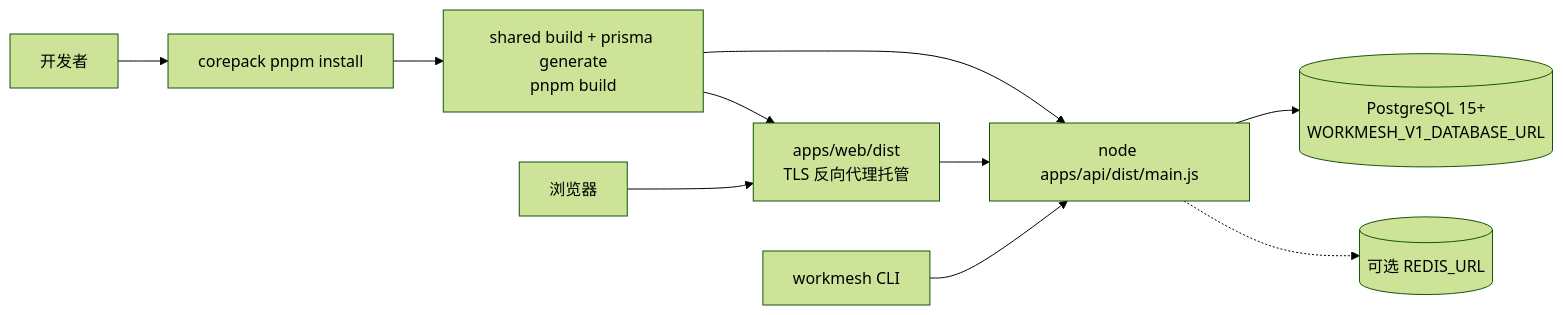
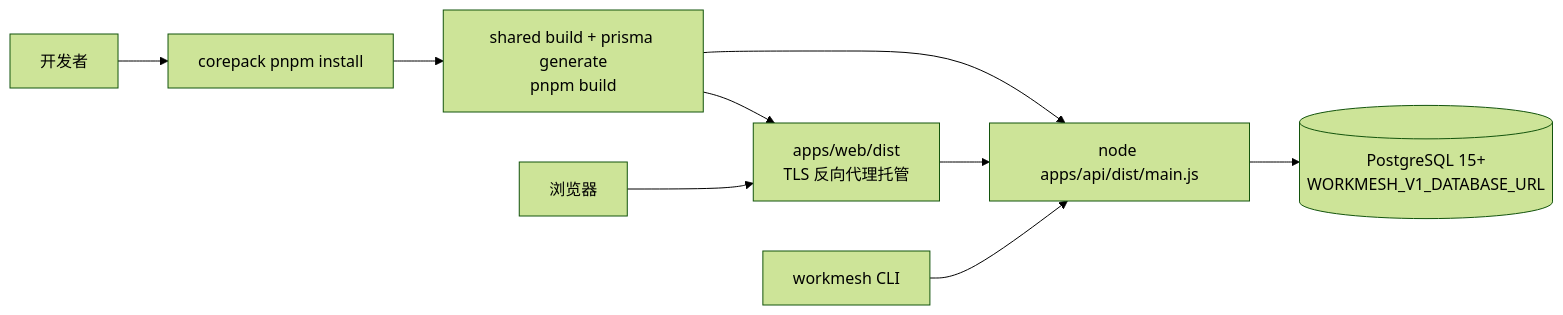
The eighth of 8 diagrams in docs/code-wiki/ARCHITECTURE_DIAGRAMS.md (async-artisan/workmesh), drawn with Mermaid (forest theme) before and after one commit. The commit also changed other lines of this file and 42 other files, not shown here.

````diff
--- a/docs/code-wiki/ARCHITECTURE_DIAGRAMS.md
+++ b/docs/code-wiki/ARCHITECTURE_DIAGRAMS.md
@@ -204,12 +202,11 @@
 ```mermaid
 flowchart LR
   Dev["开发者"] --> Install["corepack pnpm install"]
   Install --> Build["shared build + prisma generate\npnpm build"]
   Build --> APIProc["node apps/api/dist/main.js"]
   Build --> WebDist["apps/web/dist\nTLS 反向代理托管"]
   APIProc --> PG[("PostgreSQL 15+\nWORKMESH_V1_DATABASE_URL")]
   Browser["浏览器"] --> WebDist
   WebDist --> APIProc
   CLIProc["workmesh CLI"] --> APIProc
-  APIProc -.-> Redis[("可选 REDIS_URL")]
 ```
````
